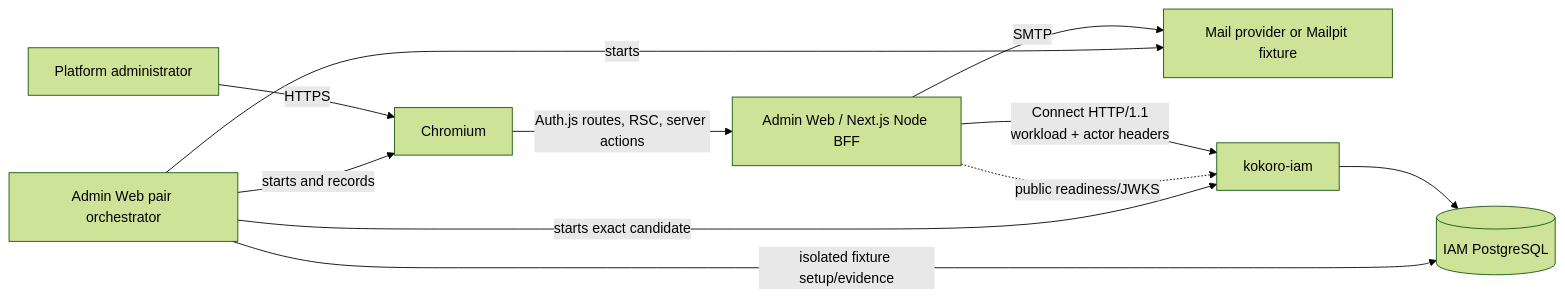
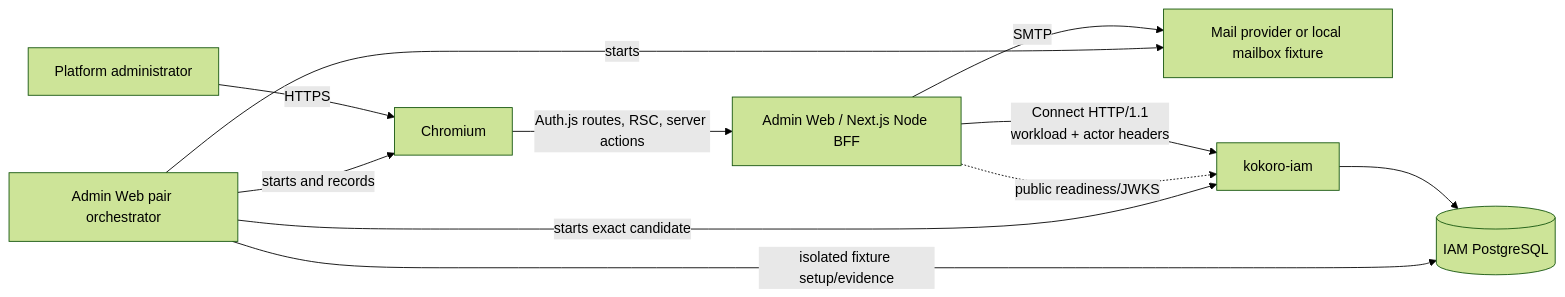
One commit to LordFoxFairy/kokoro-web changed the diagram in apps/admin/docs/architecture/iam-control-plane-technical-design.md. Above: the diagram before and after it, drawn with Mermaid (forest theme). The commit also changed other lines of this file and 109 other files, not shown here.

````diff
--- a/apps/admin/docs/architecture/iam-control-plane-technical-design.md
+++ b/apps/admin/docs/architecture/iam-control-plane-technical-design.md
@@ -51,13 +51,13 @@
 ```mermaid
 flowchart LR
   O["Platform administrator"] -->|HTTPS| B["Chromium"]
   B -->|Auth.js routes, RSC, server actions| W["Admin Web / Next.js Node BFF"]
-  W -->|SMTP| M["Mail provider or Mailpit fixture"]
+  W -->|SMTP| M["Mail provider or local mailbox fixture"]
   W -->|Connect HTTP/1.1\nworkload + actor headers| I["kokoro-iam"]
   I --> P[("IAM PostgreSQL")]
   W -. "public readiness/JWKS" .-> I
   E["Admin Web pair orchestrator"] -->|starts and records| B
   E -->|isolated fixture setup/evidence| P
   E -->|starts exact candidate| I
   E -->|starts| M
 ```
````
